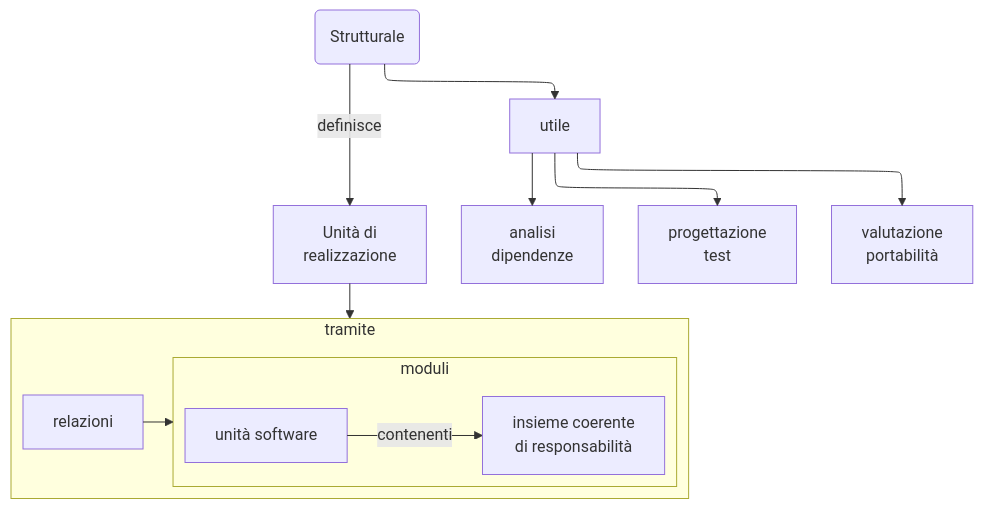
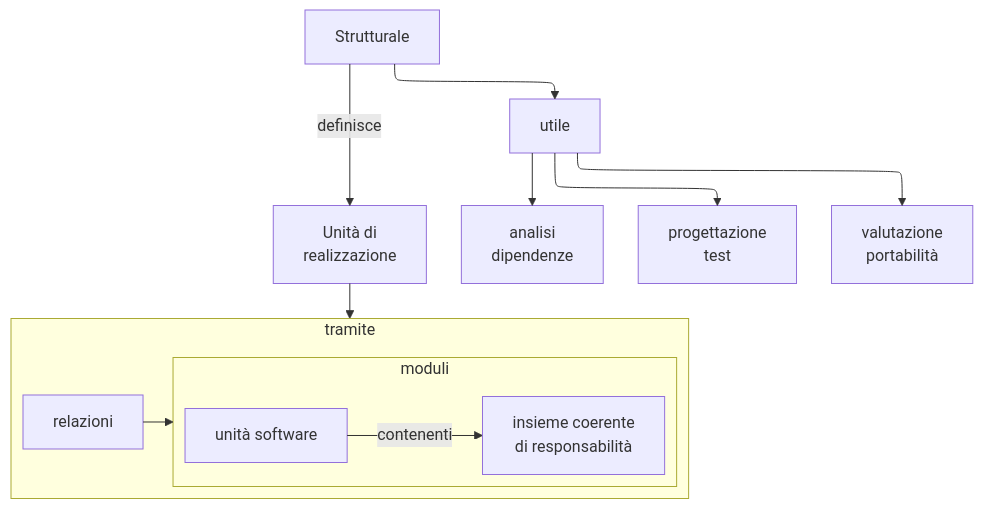
The third of 13 diagrams in src/content/docs/software_engineering/Progettazione/progettazione.md (Firi0n/appunti-unipi), drawn with Mermaid before and after one commit. The commit also changed other lines of this file and 8 other files, not shown here.

````diff
--- a/src/content/docs/software_engineering/Progettazione/progettazione.md
+++ b/src/content/docs/software_engineering/Progettazione/progettazione.md
@@ -95,17 +108,22 @@
 ```mermaid
 ---
 config:
   layout: elk
 ---
 graph TB
-    VS(Strutturale) -->|definisce| UR[Unità di<br>realizzazione]
-    VS --> utile --> AD[analisi<br>dipendenze] & PD[progettazione<br>test] & VP[valutazione<br>portabilità]
+    VS["Strutturale"] -->|definisce| UR["Unità di
+realizzazione"]
+    VS --> utile --> AD["analisi
+dipendenze"] & PD["progettazione
+test"] & VP["valutazione
+portabilità"]
     UR --> tramite
     subgraph tramite
     direction LR
         subgraph moduli
-        URM[unità software] -->|contenenti| ICR[insieme coerente<br>di responsabilità]
+        URM["unità software"] -->|contenenti| ICR["insieme coerente
+di responsabilità"]
         end
         relazioni --> moduli
     end
 ```
````
